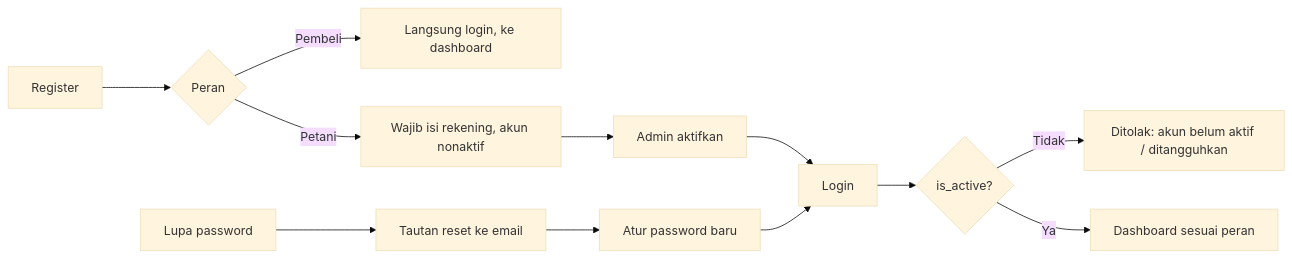
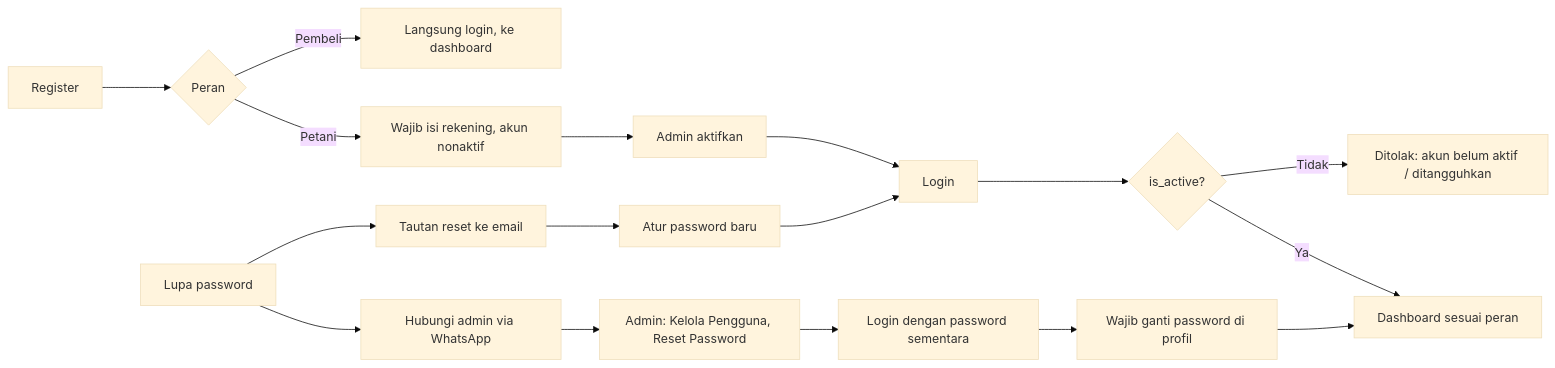
One commit to mochammadilham55/agritani-example changed the fourth of 8 diagrams in docs/PRD_AgriTani.md. Above: the diagram before and after it, drawn with Mermaid (base theme). The commit also changed other lines of this file and 19 other files, not shown here.

First line of the commit message:
Tambah hubungi admin via WhatsApp dan reset password oleh admin

````diff
--- a/docs/PRD_AgriTani.md
+++ b/docs/PRD_AgriTani.md
@@ -253,11 +257,12 @@
 ```mermaid
 flowchart LR
     R[Register] --> P{Peran}
     P -- Pembeli --> L1[Langsung login, ke dashboard]
     P -- Petani --> W[Wajib isi rekening, akun nonaktif]
     W --> V[Admin aktifkan] --> LG[Login]
     LG --> C{is_active?}
     C -- Tidak --> X[Ditolak: akun belum aktif / ditangguhkan]
     C -- Ya --> D[Dashboard sesuai peran]
     F[Lupa password] --> T[Tautan reset ke email] --> N[Atur password baru] --> LG
+    F --> WA[Hubungi admin via WhatsApp] --> AR[Admin: Kelola Pengguna, Reset Password] --> TMP[Login dengan password sementara] --> GP[Wajib ganti password di profil] --> D
 ```
````
